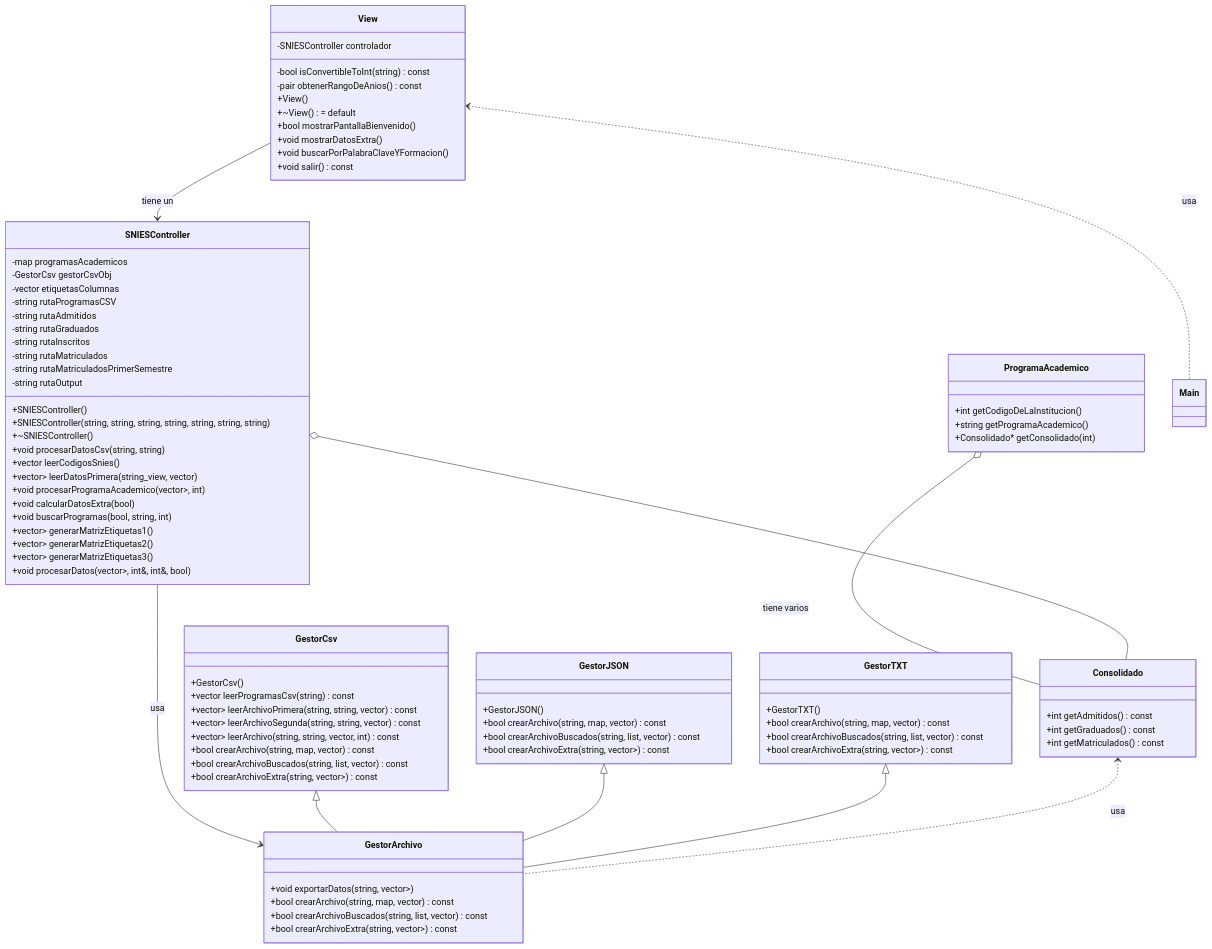
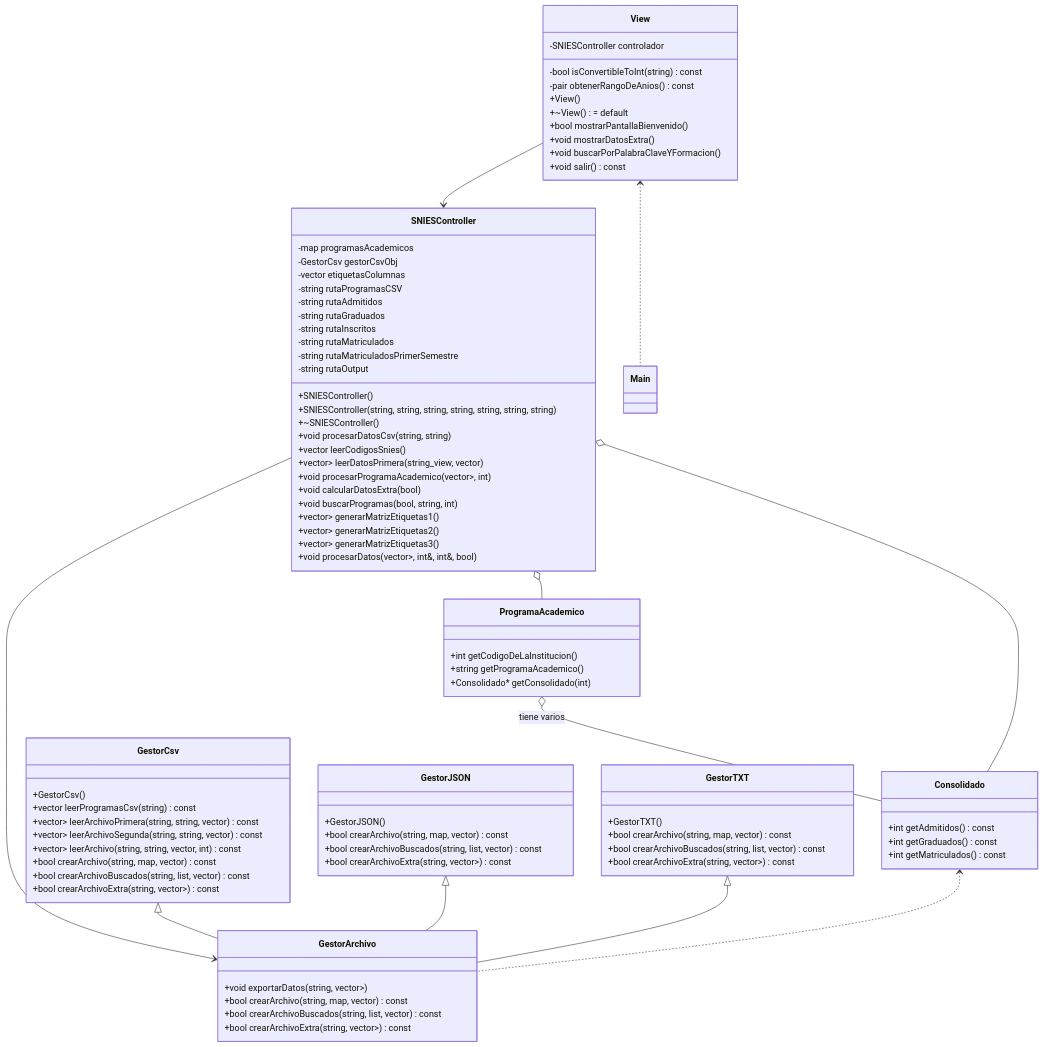
One commit to 300CIS017-Object-Oriented-Programming/proyecto-2-snies-extractor-sniesbio changed the diagram in README.md. Above: the diagram before and after it, drawn with Mermaid.

````diff
--- a/README.md
+++ b/README.md
@@ -163,14 +163,15 @@
     }
 
     ProgramaAcademico o-- Consolidado : tiene varios
-    View <.. Main : usa
-    View --> SNIESController : tiene un
-    SNIESController --> GestorArchivo : usa
+    View <.. Main 
+    View --> SNIESController 
+    SNIESController --> GestorArchivo
+    SNIESController o-- ProgramaAcademico 
+    SNIESController o-- Consolidado
     GestorCsv <|-- GestorArchivo
     GestorJSON <|-- GestorArchivo
     GestorTXT <|-- GestorArchivo
-    SNIESController o-- Consolidado
-    Consolidado <.. GestorArchivo : usa
+    Consolidado <.. GestorArchivo 
 
    
 ```
````
